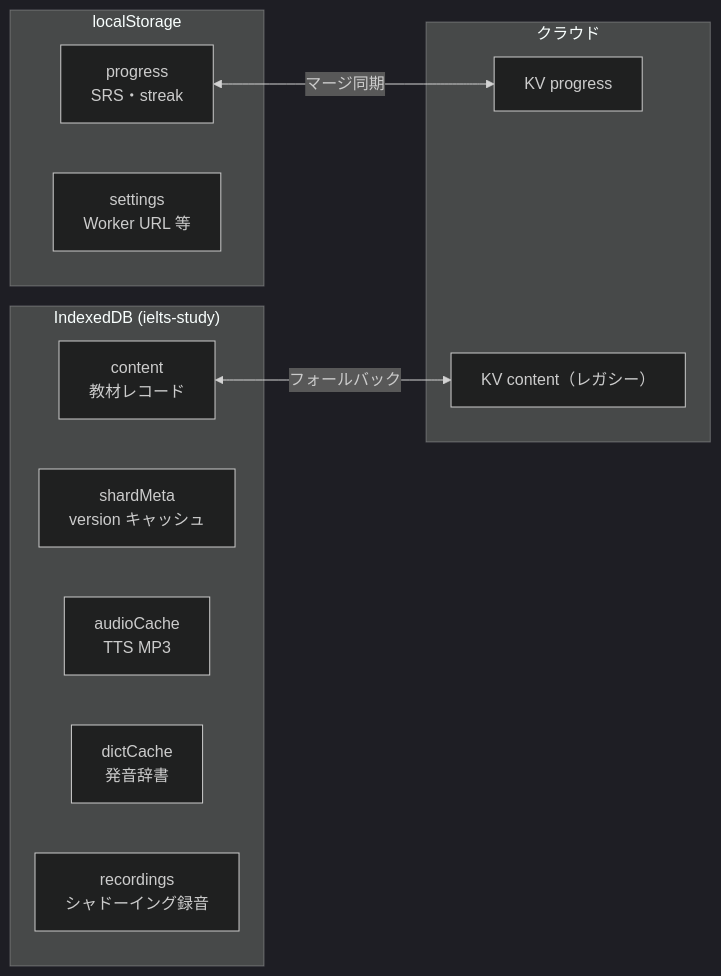
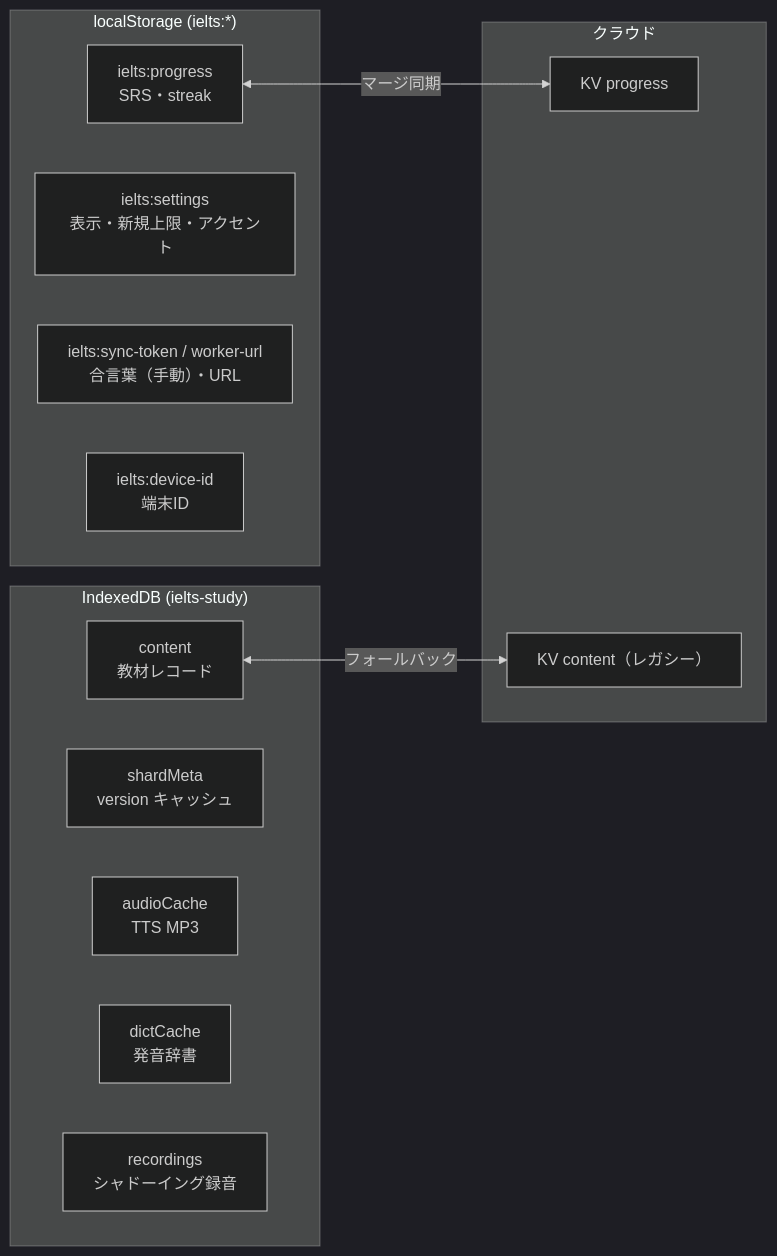
One commit to ByungsooLee/ielts-study changed the seventh of 9 diagrams in docs/システム構成.md. Above: the diagram before and after it, drawn with Mermaid (dark theme). The commit also changed other lines of this file and 6 other files, not shown here.

````diff
--- a/docs/システム構成.md
+++ b/docs/システム構成.md
@@ -245,23 +245,25 @@
 ```mermaid
 flowchart LR
   subgraph IndexedDB["IndexedDB (ielts-study)"]
     C["content<br/>教材レコード"]
     SM["shardMeta<br/>version キャッシュ"]
     AC["audioCache<br/>TTS MP3"]
     DC["dictCache<br/>発音辞書"]
     REC["recordings<br/>シャドーイング録音"]
   end
 
-  subgraph LocalStorage["localStorage"]
-    PR["progress<br/>SRS・streak"]
-    SET["settings<br/>Worker URL 等"]
+  subgraph LocalStorage["localStorage (ielts:*)"]
+    PR["ielts:progress<br/>SRS・streak"]
+    SET["ielts:settings<br/>表示・新規上限・アクセント"]
+    TOK["ielts:sync-token / worker-url<br/>合言葉（手動）・URL"]
+    DEV["ielts:device-id<br/>端末ID"]
   end
 
   subgraph Cloud["クラウド"]
     KVP["KV progress"]
     KVC["KV content（レガシー）"]
   end
 
   PR <-->|マージ同期| KVP
   C <-->|フォールバック| KVC
 ```
````
